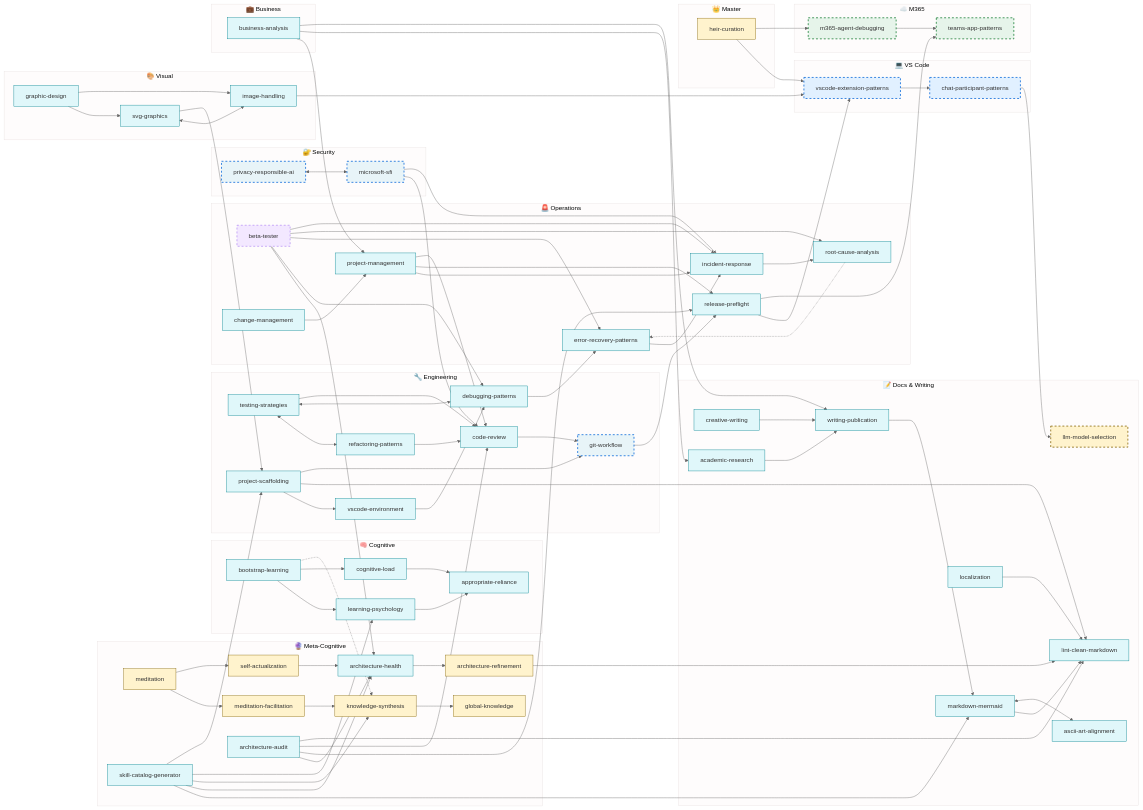
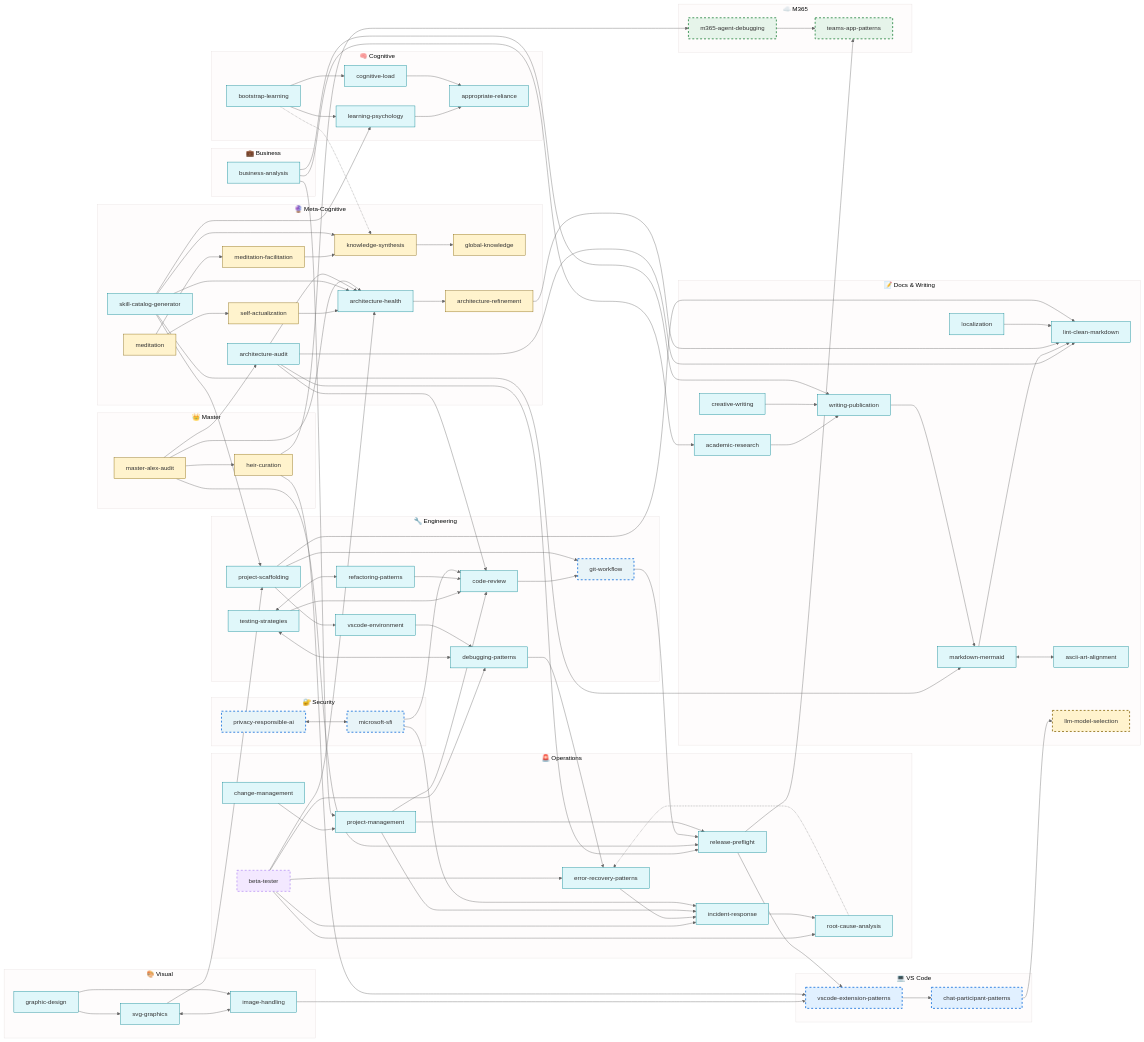
Before and after one commit to fabioc-aloha/Alex_Plug_In: the diagram in alex_docs/SKILLS-CATALOG.md, drawn with Mermaid. The commit also changed other lines of this file and 2 other files, not shown here.

First line of the commit message:
feat: Add master-alex-audit skill (master-only)

```diff
--- a/alex_docs/SKILLS-CATALOG.md
+++ b/alex_docs/SKILLS-CATALOG.md
@@ -247,6 +248,7 @@
 
     subgraph Mstr["👑 Master"]
         HC[heir-curation]
+        MAA[master-alex-audit]
     end
 
     %% Cognitive flow
@@ -259,6 +261,7 @@
     SA --> AH --> ARF
     SCG --> MM & AH & KS & LP & PS
     AAU --> AH & RF & CR & LM
+    MAA --> AAU & HC & RF & AH
 
     %% Beta/temporary skill flow
     BT --> AH & DP & ERP & RCA & IR
@@ -320,7 +323,7 @@
     %% Styling - Temporary (purple dashed)
     classDef temp fill:#f3e8ff,stroke:#7c3aed,stroke-dasharray:5 5
 
-    class HC,MED,SA,ARF,KS,GK,MF,LLM master
+    class HC,MED,SA,ARF,KS,GK,MF,LLM,MAA master
     class VEP,CPP vscode
     class MAD,TAP m365
     class VEP,CPP,MAD,TAP,LLM,GW,PRA,SFI stale
```
